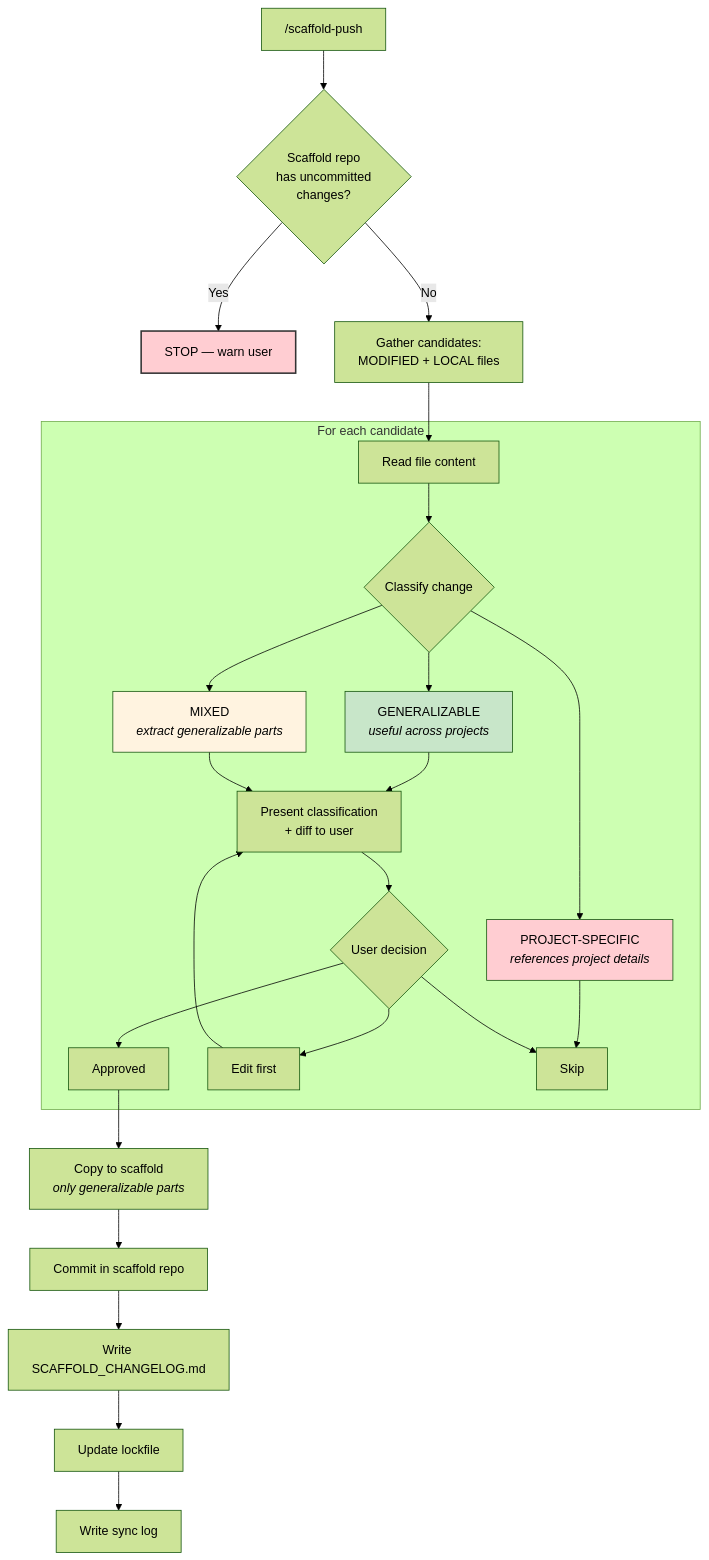
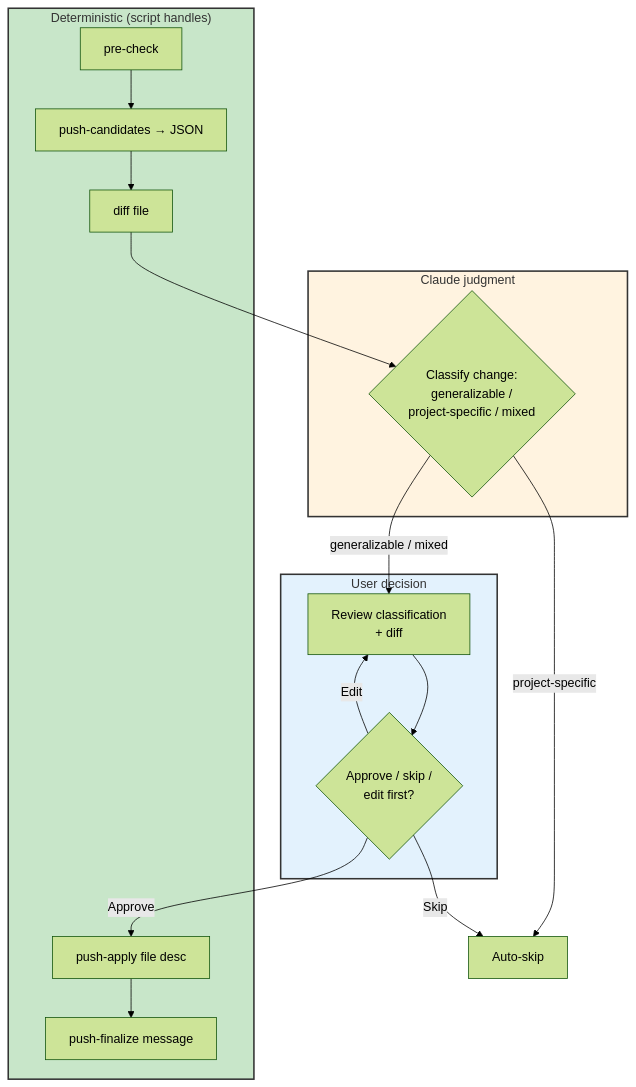
The tenth of 18 diagrams in GUIDE.md (goldhaxx/fucina), drawn with Mermaid (forest theme) before and after one commit. The commit also changed other lines of this file and 13 other files, not shown here.

First line of the commit message:
chore(scaffold): pull hub updates — deterministic-first, hooks, compound commands

````diff
--- a/GUIDE.md
+++ b/GUIDE.md
@@ -478,57 +472,34 @@
 ```mermaid
 flowchart TD
-    START["/scaffold-push"]
-    CHECK{"Scaffold repo<br/>has uncommitted<br/>changes?"}
-    STOP["STOP — warn user"]
-
-    GATHER["Gather candidates:<br/>MODIFIED + LOCAL files"]
-
-    subgraph "For each candidate"
-        READ["Read file content"]
-        CLASSIFY{"Classify change"}
-        GEN["GENERALIZABLE<br/><i>useful across projects</i>"]
-        SPEC["PROJECT-SPECIFIC<br/><i>references project details</i>"]
-        MIX["MIXED<br/><i>extract generalizable parts</i>"]
-
-        PRESENT["Present classification<br/>+ diff to user"]
-        DECIDE{"User decision"}
-        APPROVE["Approved"]
-        EDIT["Edit first"]
-        SKIP["Skip"]
+    subgraph DETERMINISTIC ["Deterministic (script handles)"]
+        START["pre-check"]
+        CANDS["push-candidates → JSON"]
+        DIFF["diff file"]
+        APPLY["push-apply file desc"]
+        FIN["push-finalize message"]
     end
 
-    APPLY["Copy to scaffold<br/><i>only generalizable parts</i>"]
-    COMMIT["Commit in scaffold repo"]
-    CHANGELOG["Write SCAFFOLD_CHANGELOG.md"]
-    LOCKUP["Update lockfile"]
-    LOG["Write sync log"]
+    subgraph STOCHASTIC ["Claude judgment"]
+        CLASSIFY{"Classify change:<br/>generalizable /<br/>project-specific / mixed"}
+    end
 
-    START --> CHECK
-    CHECK -->|"Yes"| STOP
-    CHECK -->|"No"| GATHER
-    GATHER --> READ
-    READ --> CLASSIFY
-    CLASSIFY --> GEN
-    CLASSIFY --> SPEC
-    CLASSIFY --> MIX
-    GEN --> PRESENT
-    MIX --> PRESENT
-    SPEC --> SKIP
+    subgraph USER ["User decision"]
+        PRESENT["Review classification<br/>+ diff"]
+        DECIDE{"Approve / skip /<br/>edit first?"}
+    end
 
+    START --> CANDS
+    CANDS --> DIFF
+    DIFF --> CLASSIFY
+    CLASSIFY -->|"project-specific"| SKIP["Auto-skip"]
+    CLASSIFY -->|"generalizable / mixed"| PRESENT
     PRESENT --> DECIDE
-    DECIDE --> APPROVE
-    DECIDE --> EDIT
-    DECIDE --> SKIP
-    EDIT --> PRESENT
+    DECIDE -->|"Approve"| APPLY
+    DECIDE -->|"Skip"| SKIP
+    DECIDE -->|"Edit"| PRESENT
+    APPLY --> FIN
 
-    APPROVE --> APPLY
-    APPLY --> COMMIT
-    COMMIT --> CHANGELOG
-    CHANGELOG --> LOCKUP
-    LOCKUP --> LOG
-
-    style GEN fill:#c8e6c9
-    style SPEC fill:#ffcdd2
-    style MIX fill:#fff3e0
-    style STOP fill:#ffcdd2,stroke:#333,stroke-width:2px
+    style DETERMINISTIC fill:#c8e6c9,stroke:#333,stroke-width:2px
+    style STOCHASTIC fill:#fff3e0,stroke:#333,stroke-width:2px
+    style USER fill:#e3f2fd,stroke:#333,stroke-width:2px
 ```
````
